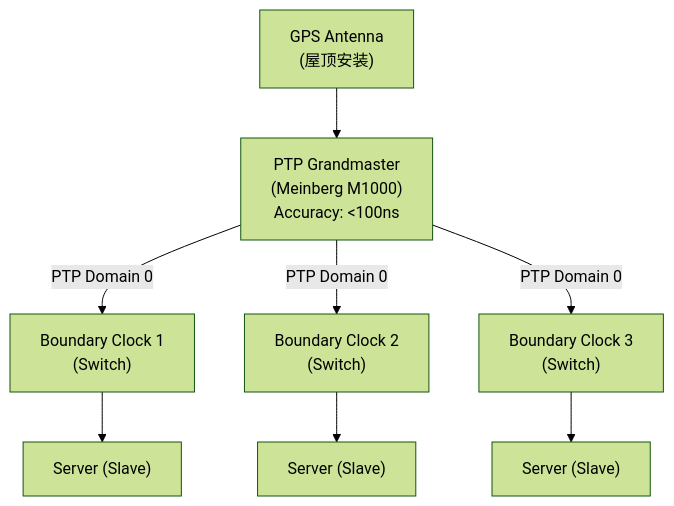
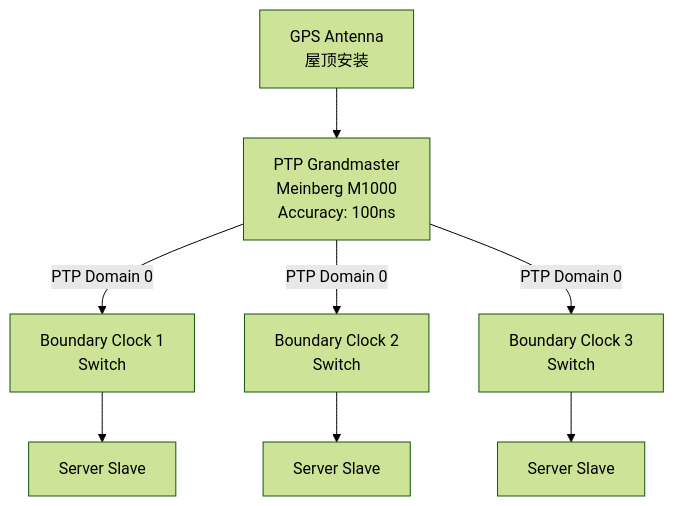
One commit to jpixy/jpixy.github.io changed the second of 5 diagrams in content/articles/sre/sre-61-HFT基础设施最佳实践.md. Above: the diagram before and after it, drawn with Mermaid (forest theme). The commit also changed other lines of this file and 66 other files, not shown here.

Commit message:
fix: resolve Mermaid syntax errors by removing parentheses in node labels

````diff
--- a/content/articles/sre/sre-61-HFT基础设施最佳实践.md
+++ b/content/articles/sre/sre-61-HFT基础设施最佳实践.md
@@ -312,19 +312,19 @@
 ```mermaid
 graph TB
-    GPS["GPS Antenna<br/>(屋顶安装)"]
-    GM["PTP Grandmaster<br/>(Meinberg M1000)<br/>Accuracy: <100ns"]
-    BC1["Boundary Clock 1<br/>(Switch)"]
-    BC2["Boundary Clock 2<br/>(Switch)"]
-    BC3["Boundary Clock 3<br/>(Switch)"]
-    S1["Server (Slave)"]
-    S2["Server (Slave)"]
-    S3["Server (Slave)"]
+    GPS["GPS Antenna<br/>屋顶安装"]
+    GM["PTP Grandmaster<br/>Meinberg M1000<br/>Accuracy: 100ns"]
+    BC1["Boundary Clock 1<br/>Switch"]
+    BC2["Boundary Clock 2<br/>Switch"]
+    BC3["Boundary Clock 3<br/>Switch"]
+    S1["Server Slave"]
+    S2["Server Slave"]
+    S3["Server Slave"]
     
     GPS --> GM
     GM -->|PTP Domain 0| BC1
     GM -->|PTP Domain 0| BC2
     GM -->|PTP Domain 0| BC3
     BC1 --> S1
     BC2 --> S2
     BC3 --> S3
 ```
````
